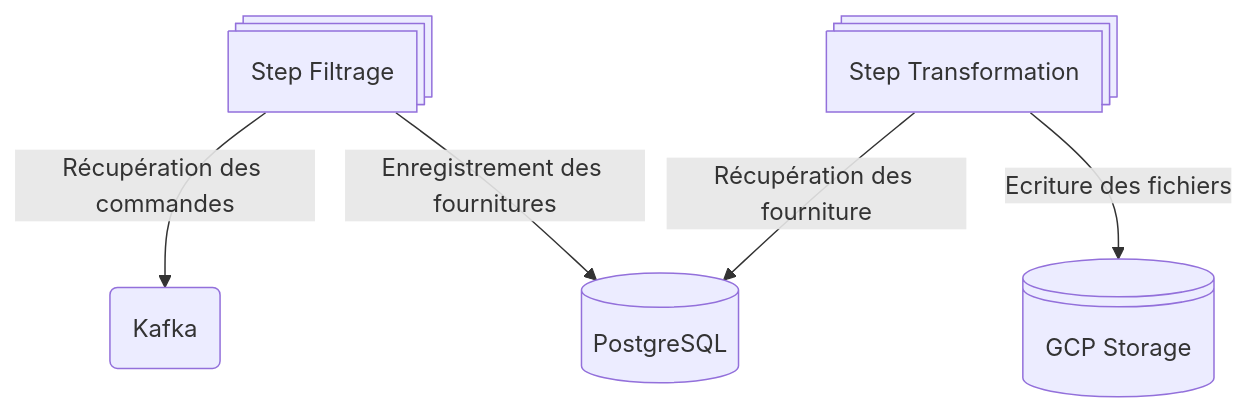
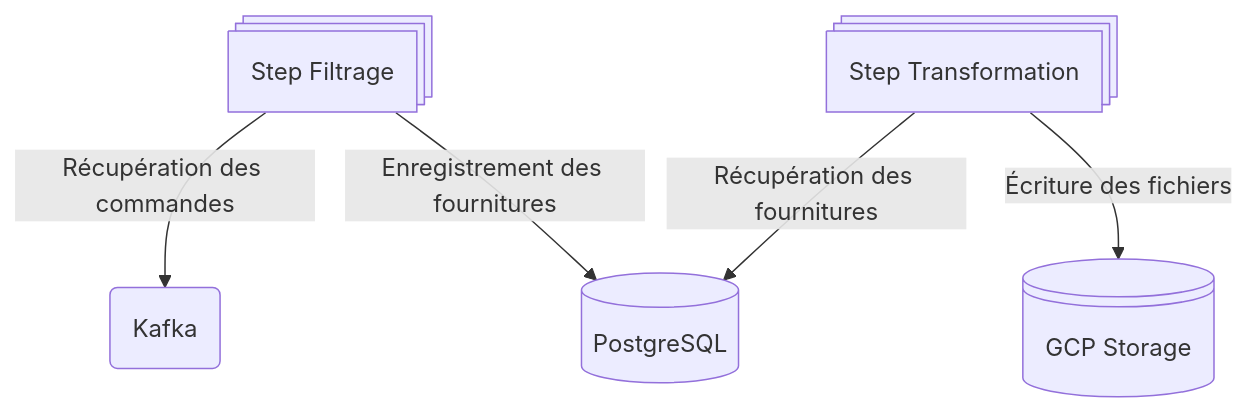
The diagram in README.md (gfourny-sfeir/spring-batch-kafka), drawn with Mermaid before and after one commit.

````diff
--- a/README.md
+++ b/README.md
@@ -9,7 +9,7 @@
 ```mermaid
 flowchart TD
     B@{shape: procs, label: "Step Filtrage"} --> |Récupération des commandes| A(Kafka)
     B --> |Enregistrement des fournitures| C[(PostgreSQL)]
-    D@{shape: procs, label: "Step Transformation"} --> |Récupération des fourniture| C
-    D --> |Ecriture des fichiers| EA@{ shape: lin-cyl, label: "GCP Storage"}
+    D@{shape: procs, label: "Step Transformation"} --> |Récupération des fournitures| C
+    D --> |Écriture des fichiers| EA@{ shape: lin-cyl, label: "GCP Storage"}
 ```
````
